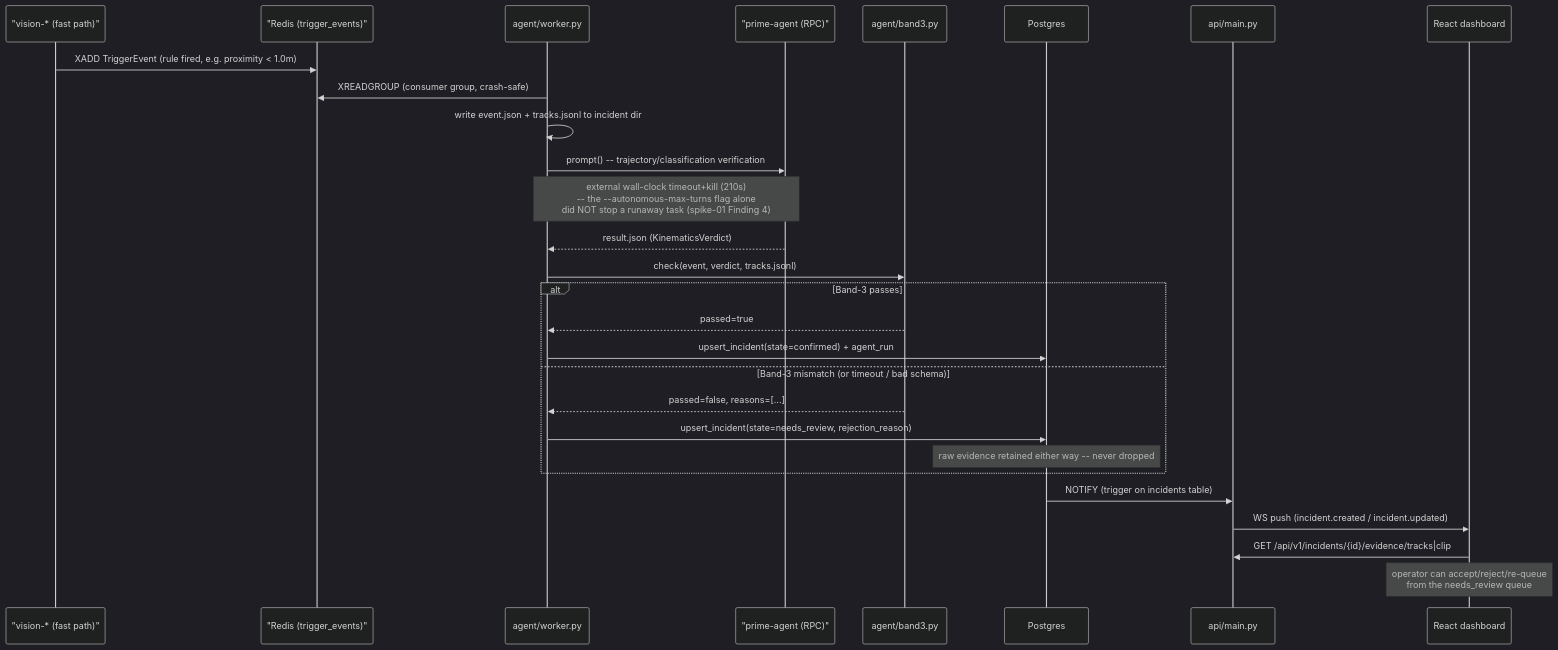
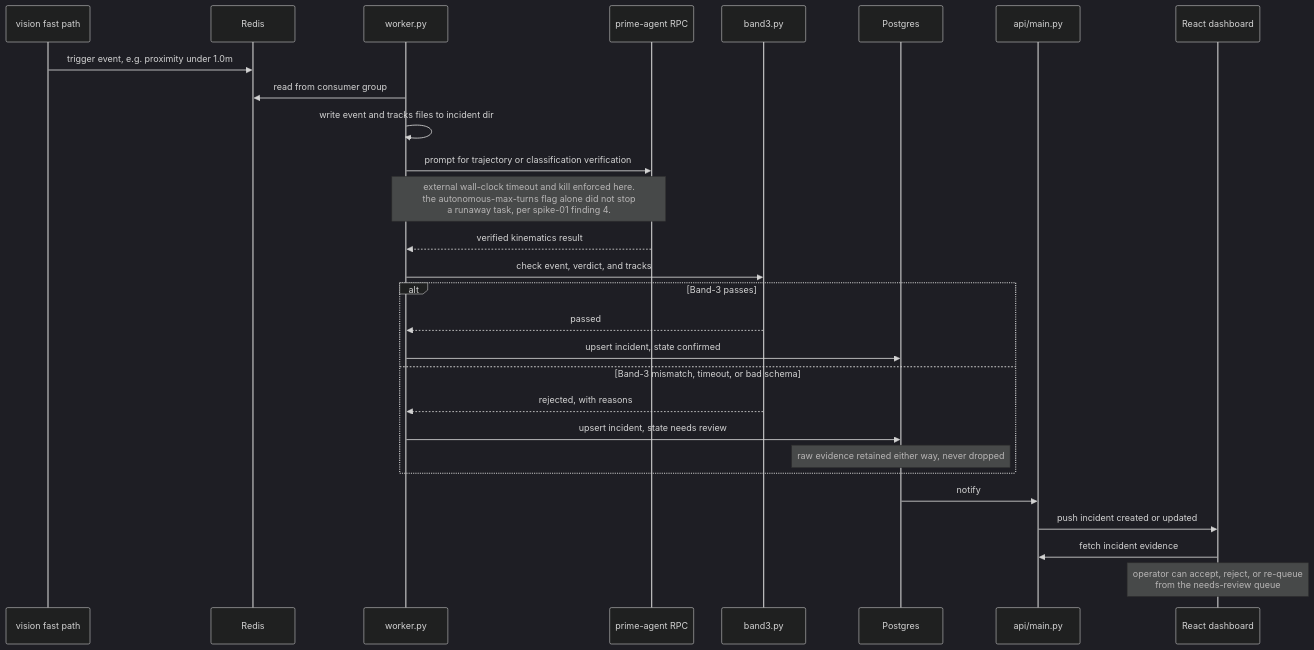
One commit to yash-rai-93/forgeguard-ai changed the third of 4 diagrams in docs/13-architecture-diagrams.md. Above: the diagram before and after it, drawn with Mermaid (dark theme). The commit also changed other lines of this file, not shown here.

Commit message:
fix(docs): mermaid syntax errors in the M6 sequence diagrams
The real-incident and replay-mode sequence diagrams used a literal
"<" character in message text (e.g. "proximity < 1.0m"), which Mermaid
can misparse as the start of an HTML-like tag, plus nested double
quotes, square brackets, and equals signs in one heavily-packed replay
message -- any of which is a plausible render-break culprit and none
of which is worth keeping given a plain-English rewrite loses nothing.
Simplified both diagrams' message text and moved the denser
explanatory content into Note blocks.

Verified for real this time, not just by eyeballing it: extracted all
four mermaid blocks from the file and rendered each with
@mermaid-js/mermaid-cli (the same engine GitHub uses) -- all four
produce valid, non-empty SVG output.

````diff
--- a/docs/13-architecture-diagrams.md
+++ b/docs/13-architecture-diagrams.md
@@ -86,31 +86,31 @@
 ```mermaid
 sequenceDiagram
-    participant V as "vision-* (fast path)"
-    participant R as "Redis (trigger_events)"
-    participant W as agent/worker.py
-    participant PA as "prime-agent (RPC)"
-    participant B3 as agent/band3.py
+    participant V as vision fast path
+    participant R as Redis
+    participant W as worker.py
+    participant PA as prime-agent RPC
+    participant B3 as band3.py
     participant PG as Postgres
     participant API as api/main.py
     participant UI as React dashboard
 
-    V->>R: XADD TriggerEvent (rule fired, e.g. proximity < 1.0m)
-    W->>R: XREADGROUP (consumer group, crash-safe)
-    W->>W: write event.json + tracks.jsonl to incident dir
-    W->>PA: prompt() -- trajectory/classification verification
-    Note over W,PA: external wall-clock timeout+kill (210s)<br>-- the --autonomous-max-turns flag alone<br>did NOT stop a runaway task (spike-01 Finding 4)
-    PA-->>W: result.json (KinematicsVerdict)
-    W->>B3: check(event, verdict, tracks.jsonl)
+    V->>R: trigger event, e.g. proximity under 1.0m
+    W->>R: read from consumer group
+    W->>W: write event and tracks files to incident dir
+    W->>PA: prompt for trajectory or classification verification
+    Note over W,PA: external wall-clock timeout and kill enforced here.<br>the autonomous-max-turns flag alone did not stop<br>a runaway task, per spike-01 finding 4.
+    PA-->>W: verified kinematics result
+    W->>B3: check event, verdict, and tracks
     alt Band-3 passes
-        B3-->>W: passed=true
-        W->>PG: upsert_incident(state=confirmed) + agent_run
-    else Band-3 mismatch (or timeout / bad schema)
-        B3-->>W: passed=false, reasons=[...]
-        W->>PG: upsert_incident(state=needs_review, rejection_reason)
-        Note over PG: raw evidence retained either way -- never dropped
+        B3-->>W: passed
+        W->>PG: upsert incident, state confirmed
+    else Band-3 mismatch, timeout, or bad schema
+        B3-->>W: rejected, with reasons
+        W->>PG: upsert incident, state needs review
+        Note over PG: raw evidence retained either way, never dropped
     end
-    PG->>API: NOTIFY (trigger on incidents table)
-    API->>UI: WS push (incident.created / incident.updated)
-    UI->>API: GET /api/v1/incidents/{id}/evidence/tracks|clip
-    Note over UI: operator can accept/reject/re-queue<br>from the needs_review queue
+    PG->>API: notify
+    API->>UI: push incident created or updated
+    UI->>API: fetch incident evidence
+    Note over UI: operator can accept, reject, or re-queue<br>from the needs-review queue
 ```
````
